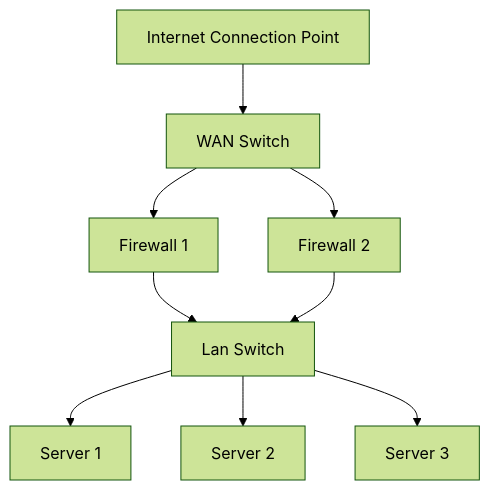
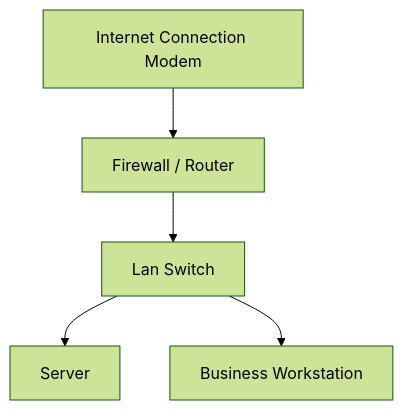
The first of 2 diagrams in opendocs/docs/sysadmin-guides/greenfield-environment/physical-network-design.md (RootwireLtd/OpenDocs), drawn with Mermaid (forest theme) before and after one commit. The commit also changed other lines of this file, not shown here.

````diff
--- a/opendocs/docs/sysadmin-guides/greenfield-environment/physical-network-design.md
+++ b/opendocs/docs/sysadmin-guides/greenfield-environment/physical-network-design.md
@@ -5,22 +13,15 @@
 ```mermaid
 
 graph TD
 
-Internet[Internet Connection Point]
-WanSwitch[WAN Switch]
-Firewall1[Firewall 1]
-Firewall2[Firewall 2]
+WAN[Internet Connection Modem]
+Firewall[Firewall / Router]
 LanSwitch[Lan Switch]
-Server1[Server 1]
-Server2[Server 2]
-Server3[Server 3]
+Server[Server]
+EndUserCompute[Business Workstation]
 
-Internet --> WanSwitch
-WanSwitch --> Firewall1
-WanSwitch --> Firewall2
-Firewall1 --> LanSwitch
-Firewall2 --> LanSwitch
-LanSwitch --> Server1
-LanSwitch --> Server2
-LanSwitch --> Server3
+WAN --> Firewall
+Firewall --> LanSwitch
+LanSwitch --> Server
+LanSwitch --> EndUserCompute
 ```
````
